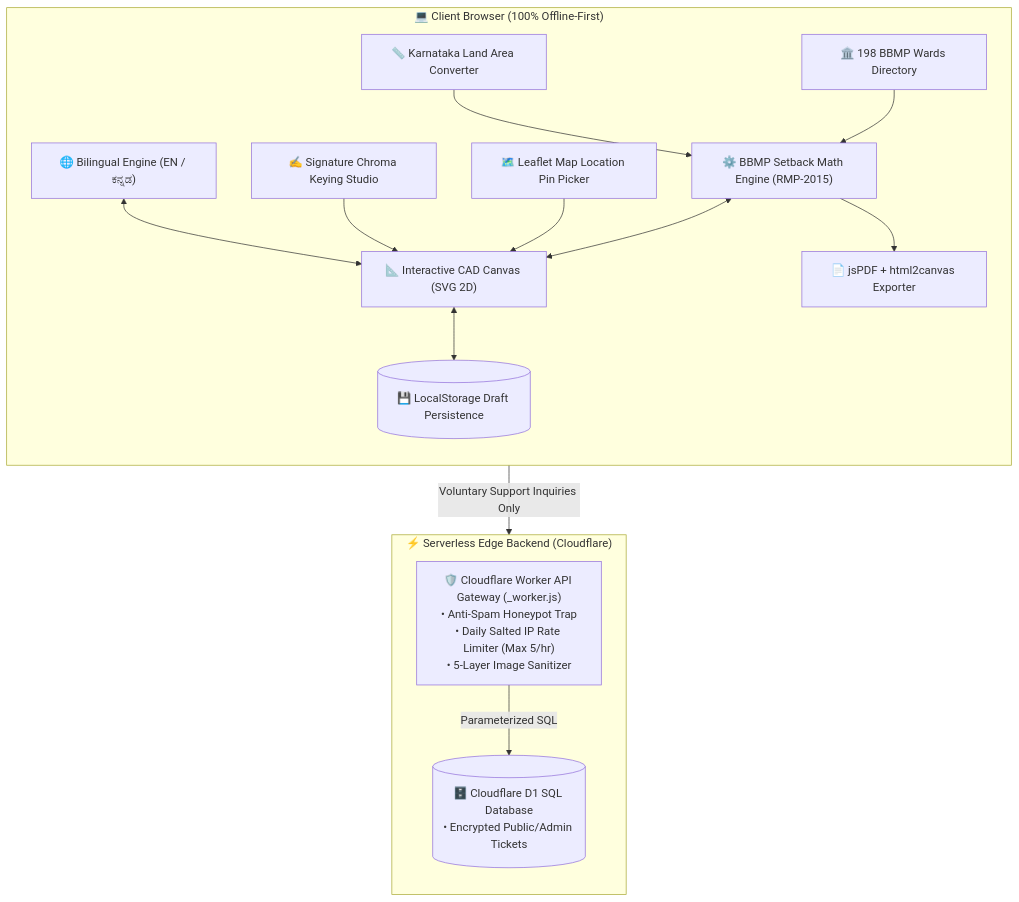
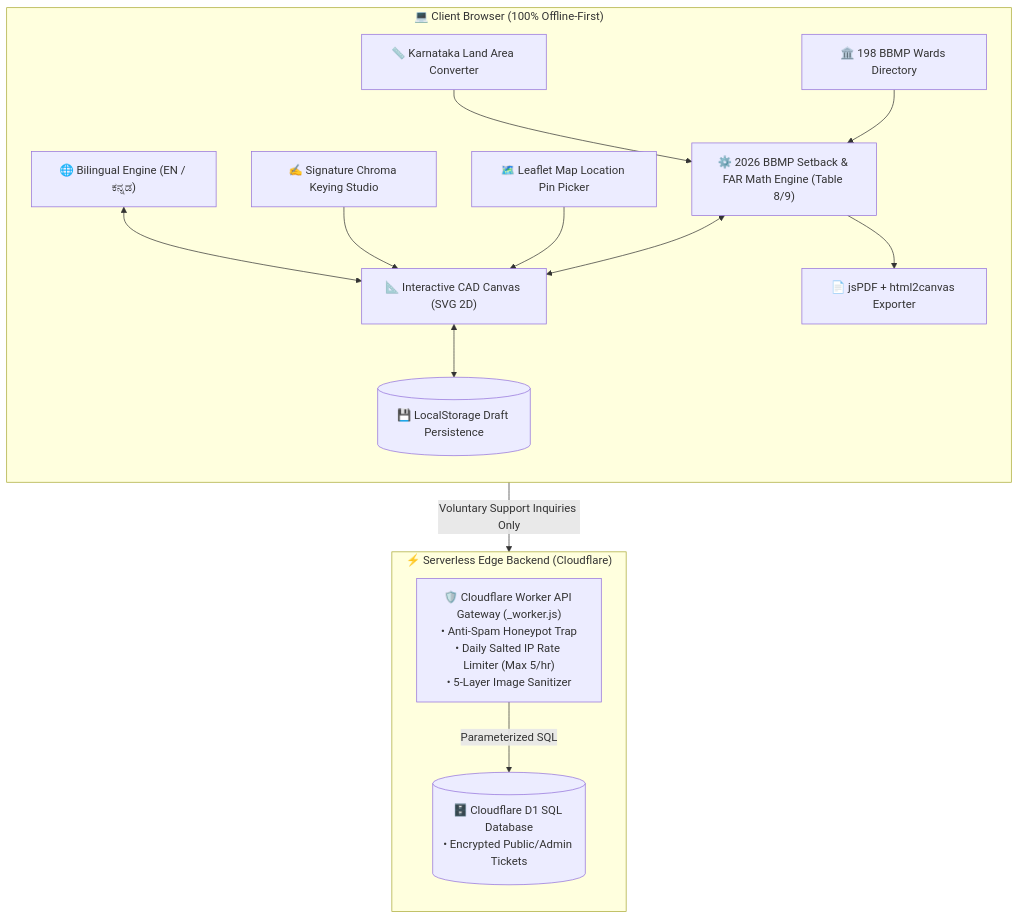
One commit to manswis/single-site-plan-web changed the diagram in README.md. Above: the diagram before and after it, drawn with Mermaid. The commit also changed other lines of this file, not shown here.

Commit message:
docs: update README.md with 2026 BBMP setback & FAR regulations and 37 passing test suites

````diff
--- a/README.md
+++ b/README.md
@@ -114,34 +116,34 @@
 ```mermaid
 flowchart TD
     subgraph Client ["💻 Client Browser (100% Offline-First)"]
         direction TB
         CAD["📐 Interactive CAD Canvas (SVG 2D)"]
-        Math["⚙️ BBMP Setback Math Engine (RMP-2015)"]
+        Math["⚙️ 2026 BBMP Setback & FAR Math Engine (Table 8/9)"]
         Map["🗺️ Leaflet Map Location Pin Picker"]
         Ward["🏛️ 198 BBMP Wards Directory"]
         Conv["📏 Karnataka Land Area Converter"]
         Sig["✍️ Signature Chroma Keying Studio"]
         i18n["🌐 Bilingual Engine (EN / ಕನ್ನಡ)"]
         PDF["📄 jsPDF + html2canvas Exporter"]
         Storage[("💾 LocalStorage Draft Persistence")]
 
         Math <--> CAD
         Math --> PDF
         Map --> CAD
         Ward --> Math
         Conv --> Math
         Sig --> CAD
         i18n <--> CAD
         CAD <--> Storage
     end
 
     subgraph Edge ["⚡ Serverless Edge Backend (Cloudflare)"]
         direction TB
         API["🛡️ Cloudflare Worker API Gateway (_worker.js)\n• Anti-Spam Honeypot Trap\n• Daily Salted IP Rate Limiter (Max 5/hr)\n• 5-Layer Image Sanitizer"]
         D1[("🗄️ Cloudflare D1 SQL Database\n• Encrypted Public/Admin Tickets")]
 
         API -->|"Parameterized SQL"| D1
     end
 
     Client -->|"Voluntary Support Inquiries Only"| API
 ```
````
